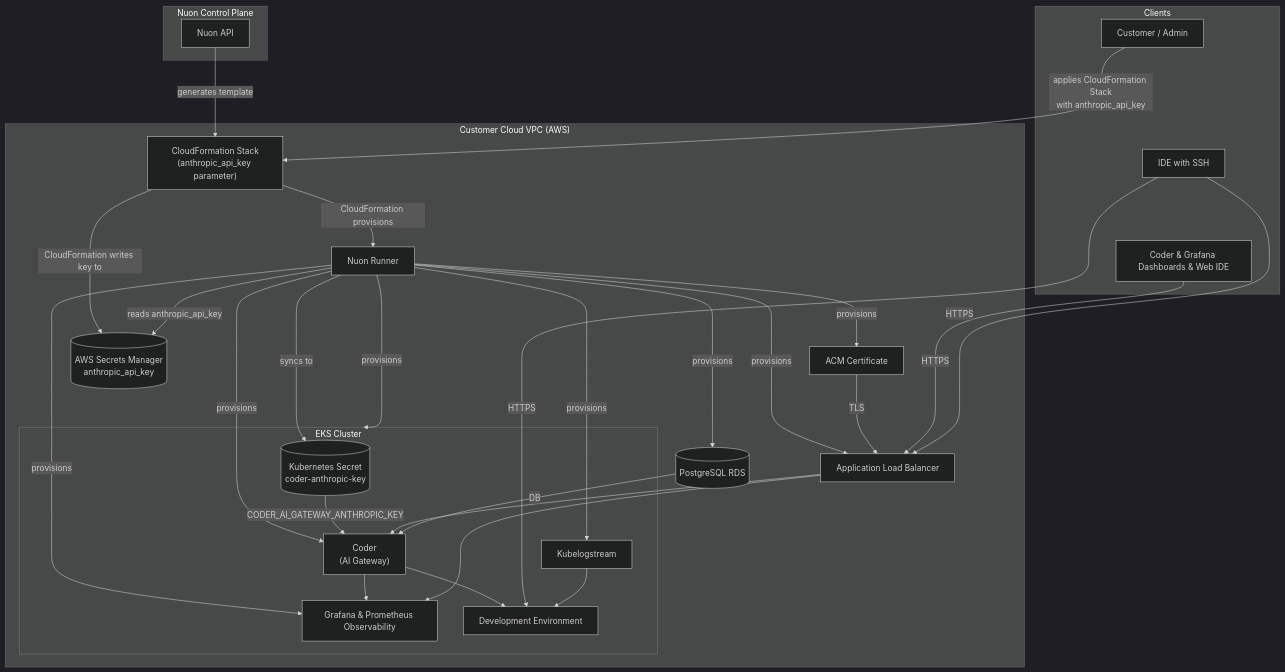
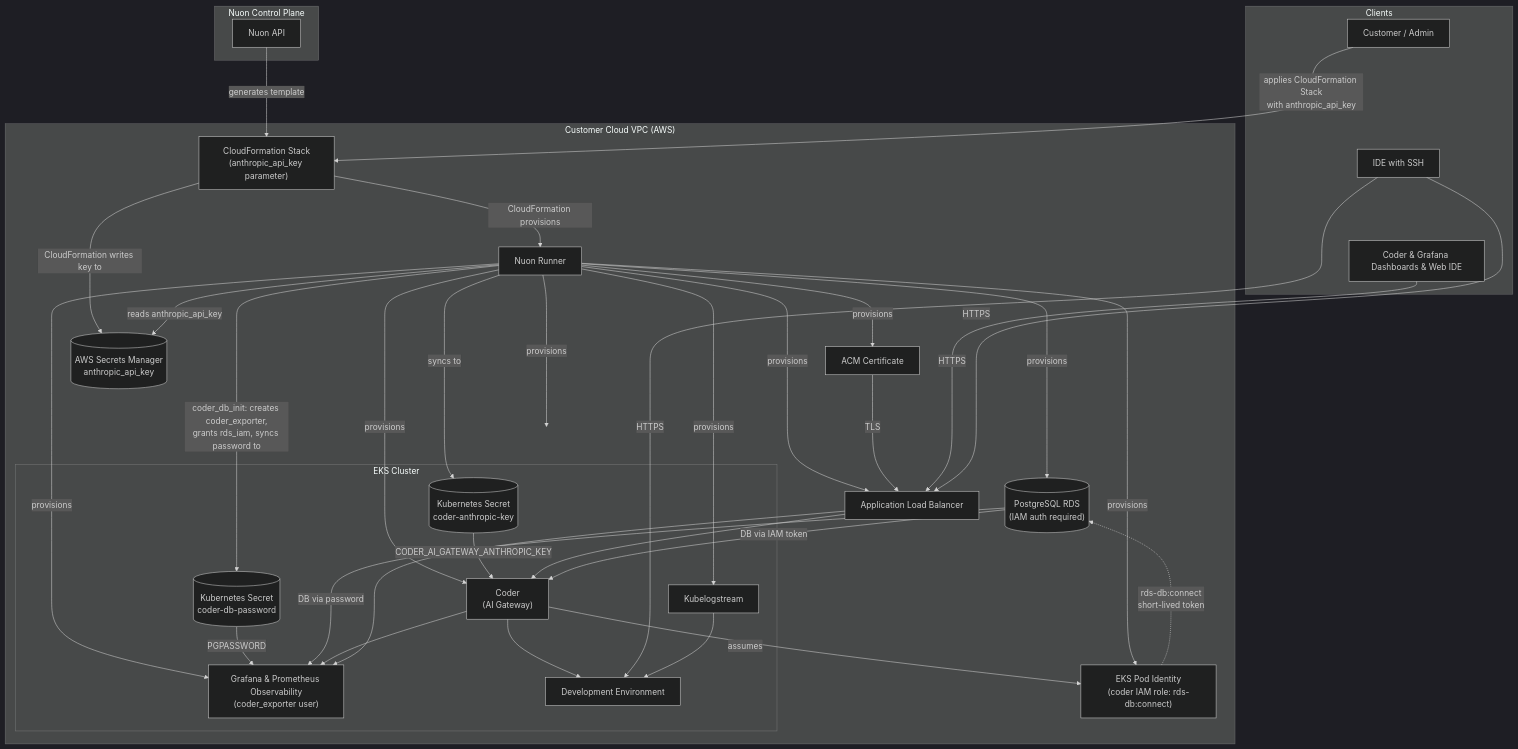
The diagram in coder/README.md (nuonco/example-app-configs), drawn with Mermaid (dark theme) before and after one commit. The commit also changed other lines of this file and 32 other files, not shown here.

First line of the commit message:
feat: coder app to rds passwordless and install configs, app branches (#275)

````diff
--- a/coder/README.md
+++ b/coder/README.md
@@ -379,59 +380,67 @@
 ```mermaid
 
   graph TD
 
       subgraph Nuon["Nuon Control Plane"]
           NuonAPI["Nuon API"]
       end
 
       subgraph Clients["Clients"]
           Customer["Customer / Admin"]
           IDE["IDE with SSH"]
           Dashboard["Coder & Grafana Dashboards & Web IDE"]
           Customer ~~~ IDE ~~~ Dashboard
       end
 
       subgraph VPC["Customer Cloud VPC (AWS)"]
           Runner["Nuon Runner"]
-          RDS[("PostgreSQL RDS")]
+          RDS[("PostgreSQL RDS<br/>(IAM auth required)")]
+          PodIdentity["EKS Pod Identity<br/>(coder IAM role: rds-db:connect)"]
           ACM["ACM Certificate"]
           ALB["Application Load Balancer"]
           Stack["CloudFormation Stack<br/>(anthropic_api_key parameter)"]
           SM[("AWS Secrets Manager<br/>anthropic_api_key")]
 
           subgraph EKS["EKS Cluster"]
               K8sSecret[("Kubernetes Secret<br/>coder-anthropic-key")]
+              ExporterSecret[("Kubernetes Secret<br/>coder-db-password")]
               Coder["Coder<br/>(AI Gateway)"]
               Logstream["Kubelogstream"]
-              Observability["Grafana & Prometheus Observability"]
+              Observability["Grafana & Prometheus Observability<br/>(coder_exporter user)"]
               DevEnv["Development Environment"]
           end
       end
 
       NuonAPI -->|generates template| Stack
       Customer -->|applies CloudFormation Stack<br/>with anthropic_api_key| Stack
       Stack -->|CloudFormation provisions| Runner
       Stack -->|CloudFormation writes key to| SM
       Runner -->|provisions| EKS
       Runner -->|provisions| RDS
+      Runner -->|provisions| PodIdentity
       Runner -->|provisions| ACM
       Runner -->|provisions| ALB
       Runner -->|provisions| Coder
       Runner -->|provisions| Logstream
       Runner -->|provisions| Observability
       Runner -->|reads anthropic_api_key| SM
       Runner -->|syncs to| K8sSecret
+      Runner -->|coder_db_init: creates coder_exporter,<br/>grants rds_iam, syncs password to| ExporterSecret
       K8sSecret -->|CODER_AI_GATEWAY_ANTHROPIC_KEY| Coder
+      ExporterSecret -->|PGPASSWORD| Observability
 
       ACM -->|TLS| ALB
       ALB --> Coder
-      RDS -->|DB| Coder
+      Coder -->|assumes| PodIdentity
+      PodIdentity -.->|rds-db:connect<br/>short-lived token| RDS
+      RDS -->|DB via IAM token| Coder
+      RDS -->|DB via password| Observability
       Coder --> Observability
       ALB --> Observability
       Dashboard -->|HTTPS| ALB
       Coder --> DevEnv
       IDE -->|HTTPS| DevEnv
       IDE -->|HTTPS| ALB
       Logstream --> DevEnv
 
 ```
````
